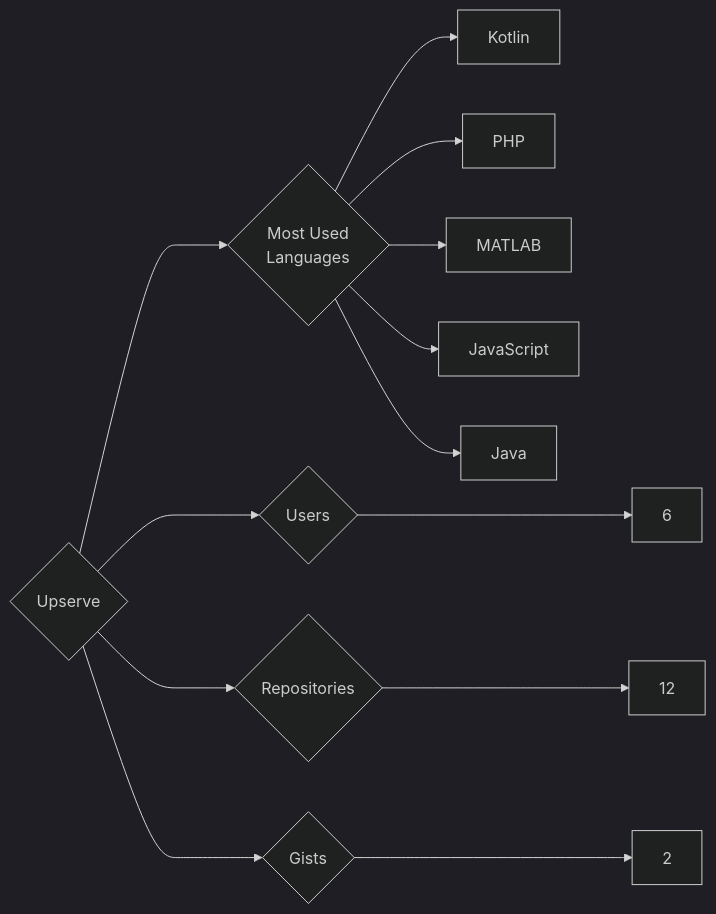
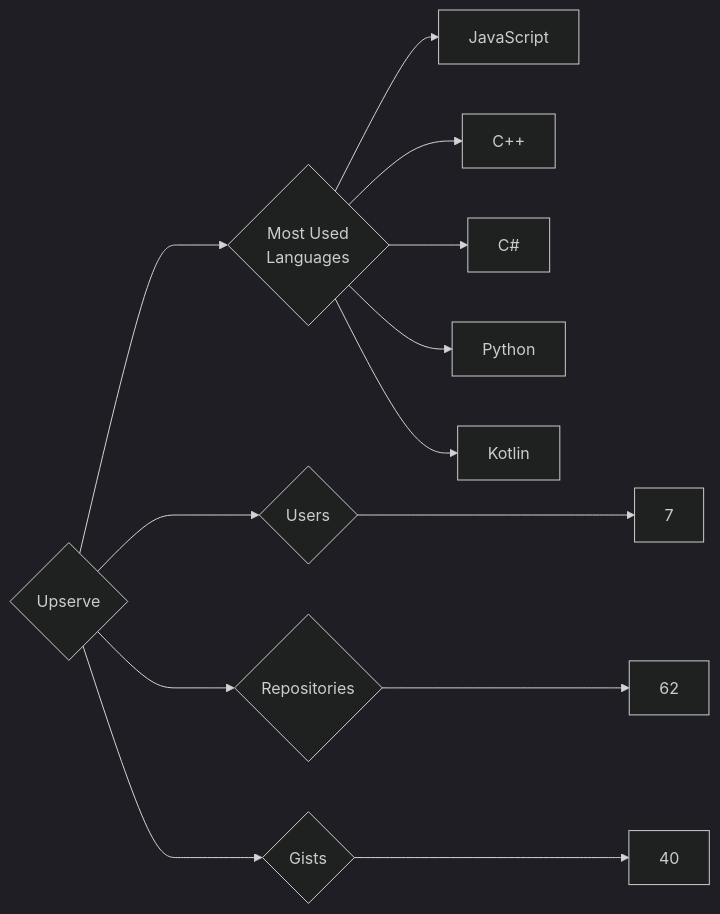
Before and after one commit to trickest/insiders: the diagram in targets/Upserve/README.md, drawn with Mermaid (dark theme). The commit also changed 972 other files, not shown here.

````diff
--- a/targets/Upserve/README.md
+++ b/targets/Upserve/README.md
@@ -3,13 +3,13 @@
 ```mermaid
 graph LR
 COMPANY_NAME{Upserve}
-COMPANY_NAME ---> U{Users} ---> UN[6]
-COMPANY_NAME ---> R{Repositories} ---> RN[12]
-COMPANY_NAME ---> G{Gists} ---> GN[2]
+COMPANY_NAME ---> U{Users} ---> UN[7]
+COMPANY_NAME ---> R{Repositories} ---> RN[62]
+COMPANY_NAME ---> G{Gists} ---> GN[40]
 COMPANY_NAME ---> ML{Most Used<br>Languages}
+ML --> JavaScript[JavaScript]
+ML --> C++[C++]
+ML --> C#[C#]
+ML --> Python[Python]
 ML --> Kotlin[Kotlin]
-ML --> PHP[PHP]
-ML --> MATLAB[MATLAB]
-ML --> JavaScript[JavaScript]
-ML --> Java[Java]
 ```
````
